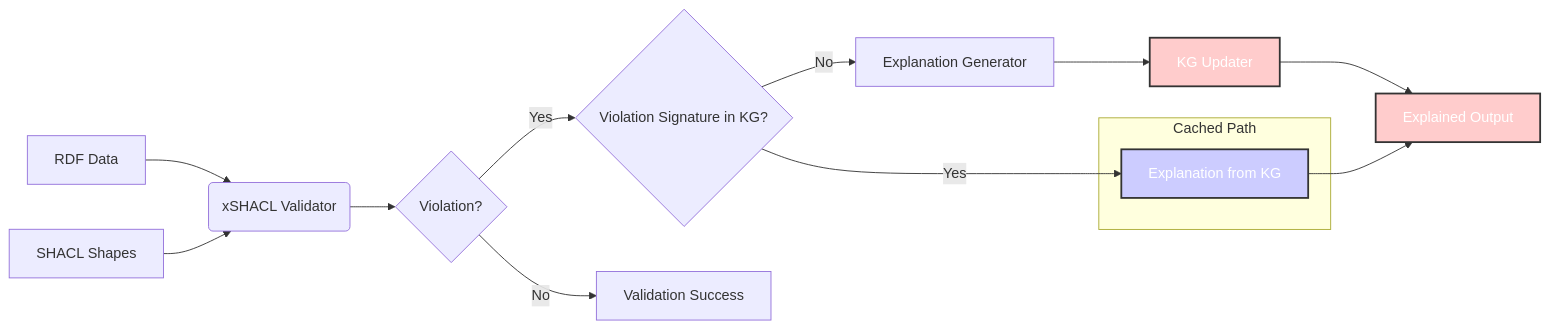
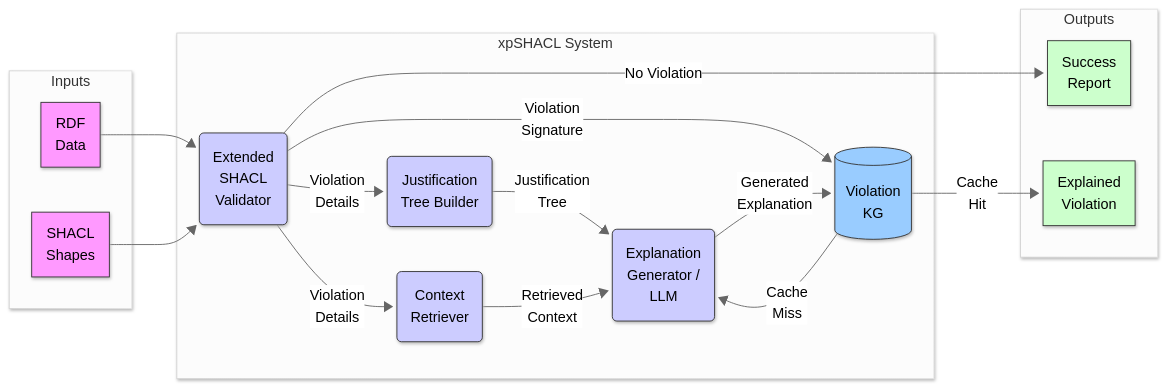
One commit to gcpdev/xpshacl changed the diagram in README.md. Above: the diagram before and after it, drawn with Mermaid. The commit also changed other lines of this file and 15 other files, not shown here.

````diff
--- a/README.md
+++ b/README.md
@@ -13,19 +13,46 @@
 ```mermaid
+---
+config:
+  theme: neutral
+  layout: dagre
+  look: neo
+---
 graph LR
-    A[RDF Data] --> B(xSHACL Validator);
-    C[SHACL Shapes] --> B;
-    B --> D{Violation?};
-    D -- Yes --> E{Violation Signature in KG?};
-    E -- Yes --> F[Explanation from KG];
-    E -- No --> G[Explanation Generator];
-    G --> I[KG Updater];
-    I --> H[Explained Output];
-    F --> H;
-    D -- No --> K[Validation Success];
-    subgraph "Cached Path"
-        F
+    subgraph Inputs
+        A[RDF<br>Data]
+        B[SHACL<br>Shapes]
     end
-    style F fill:#ccf,stroke:#333,stroke-width:2px,color:#fff
-    style H fill:#fcc,stroke:#333,stroke-width:2px,color:#fff
-    style I fill:#fcc,stroke:#333,stroke-width:2px,color:#fff
+    subgraph xpSHACL System
+        V(Extended<br>SHACL<br>Validator)
+        JTB(Justification<br>Tree Builder)
+        CR(Context<br>Retriever)
+        KG[(Violation<br>KG)]
+        EG(Explanation<br>Generator /<br>LLM)
+    end
+    subgraph Outputs
+        S[Success<br>Report]
+        ExpOut[Explained<br>Violation]
+    end
+    A --> V
+    B --> V
+    V -- No Violation --> S
+    V -- Violation<br>Details --> JTB
+    V -- Violation<br>Details --> CR
+    V -- Violation<br>Signature --> KG
+    KG -- Cache<br>Hit --> ExpOut
+    KG -- Cache<br>Miss --> EG
+    JTB -- Justification<br>Tree --> EG
+    CR -- Retrieved<br>Context --> EG
+    EG -- Generated<br>Explanation --> KG
+    classDef input fill:#f9f,stroke:#333;
+    classDef system fill:#ccf,stroke:#333;
+    classDef kg fill:#9cf,stroke:#333;
+    classDef output fill:#cfc,stroke:#333;
+    classDef decision fill:#eee,stroke:#333;
+    class A,B input;
+    class V,JTB,CR,EG,UpdateKG system;
+    class KG kg;
+    class S,ExpOut output;
+    class KG_Check decision;
+
 ```
````
